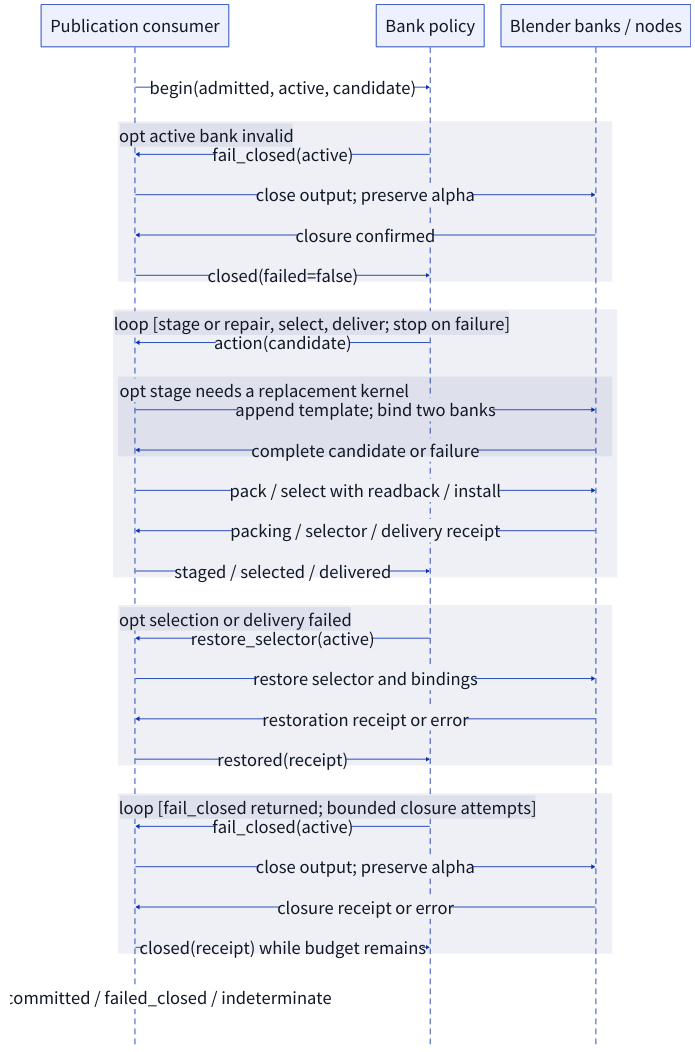
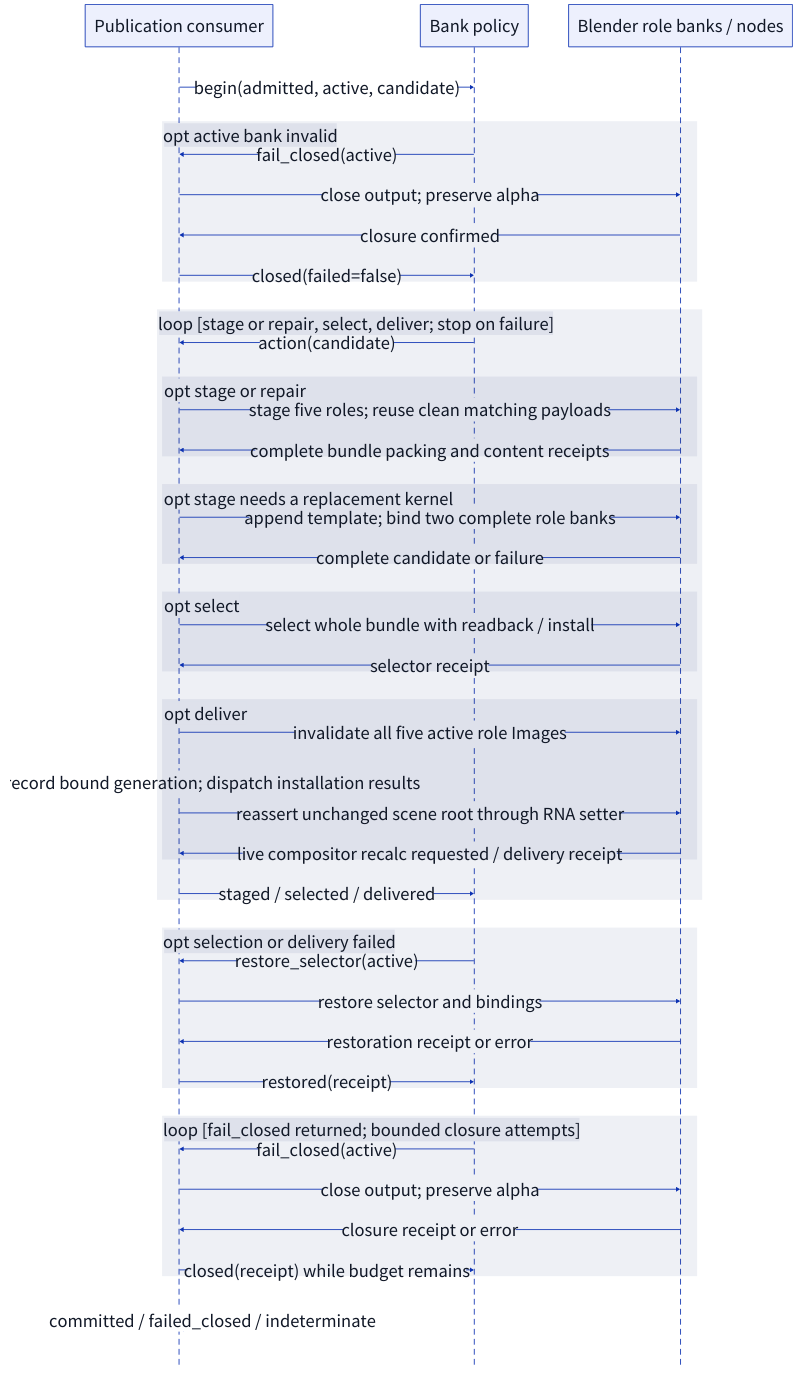
Before and after one commit to rei277hz/chromaticity: the diagram in products/perceptual-grade-book/docs/book/diagrams/04-bank-publication-sequence.d2, drawn with D2. The commit also changed 141 other files, not shown here.

```diff
--- a/products/perceptual-grade-book/docs/book/diagrams/04-bank-publication-sequence.d2
+++ b/products/perceptual-grade-book/docs/book/diagrams/04-bank-publication-sequence.d2
@@ -1,43 +1,55 @@
 shape: sequence_diagram
 
 consumer: "Publication consumer"
 policy: "Bank policy"
-blender: "Blender banks / nodes"
+blender: "Blender role banks / nodes"
 
 consumer -> policy: "begin(admitted, active, candidate)"
 opt active bank invalid: {
   policy -> consumer: "fail_closed(active)"
   consumer -> blender: "close output; preserve alpha"
   blender -> consumer: "closure confirmed"
   consumer -> policy: "closed(failed=false)"
 }
 publication: "loop [stage or repair, select, deliver; stop on failure]" {
   policy -> consumer: "action(candidate)"
+  opt stage or repair: {
+    consumer -> blender: "stage five roles; reuse clean matching payloads"
+    blender -> consumer: "complete bundle packing and content receipts"
+  }
   opt stage needs a replacement kernel: {
-    consumer -> blender: "append template; bind two banks"
+    consumer -> blender: "append template; bind two complete role banks"
     blender -> consumer: "complete candidate or failure"
   }
-  consumer -> blender: "pack / select with readback / install"
-  blender -> consumer: "packing / selector / delivery receipt"
+  opt select: {
+    consumer -> blender: "select whole bundle with readback / install"
+    blender -> consumer: "selector receipt"
+  }
+  opt deliver: {
+    consumer -> blender: "invalidate all five active role Images"
+    consumer -> consumer: "record bound generation; dispatch installation results"
+    consumer -> blender: "reassert unchanged scene root through RNA setter"
+    blender -> consumer: "live compositor recalc requested / delivery receipt"
+  }
   consumer -> policy: "staged / selected / delivered"
 }
 opt selection or delivery failed: {
   policy -> consumer: "restore_selector(active)"
   consumer -> blender: "restore selector and bindings"
   blender -> consumer: "restoration receipt or error"
   consumer -> policy: "restored(receipt)"
 }
 closure: "loop [fail_closed returned; bounded closure attempts]" {
   policy -> consumer: "fail_closed(active)"
   consumer -> blender: "close output; preserve alpha"
   blender -> consumer: "closure receipt or error"
   consumer -> policy: "closed(receipt) while budget remains"
 }
 consumer -> consumer: "committed / failed_closed / indeterminate"
 
 **.style.font-size: 44
 (** -> **)[*].style.font-size: 44
 **.style.font-color: "#111827"
 **.style.italic: false
 (** -> **)[*].style.font-color: "#111827"
 (** -> **)[*].style.italic: false
```
